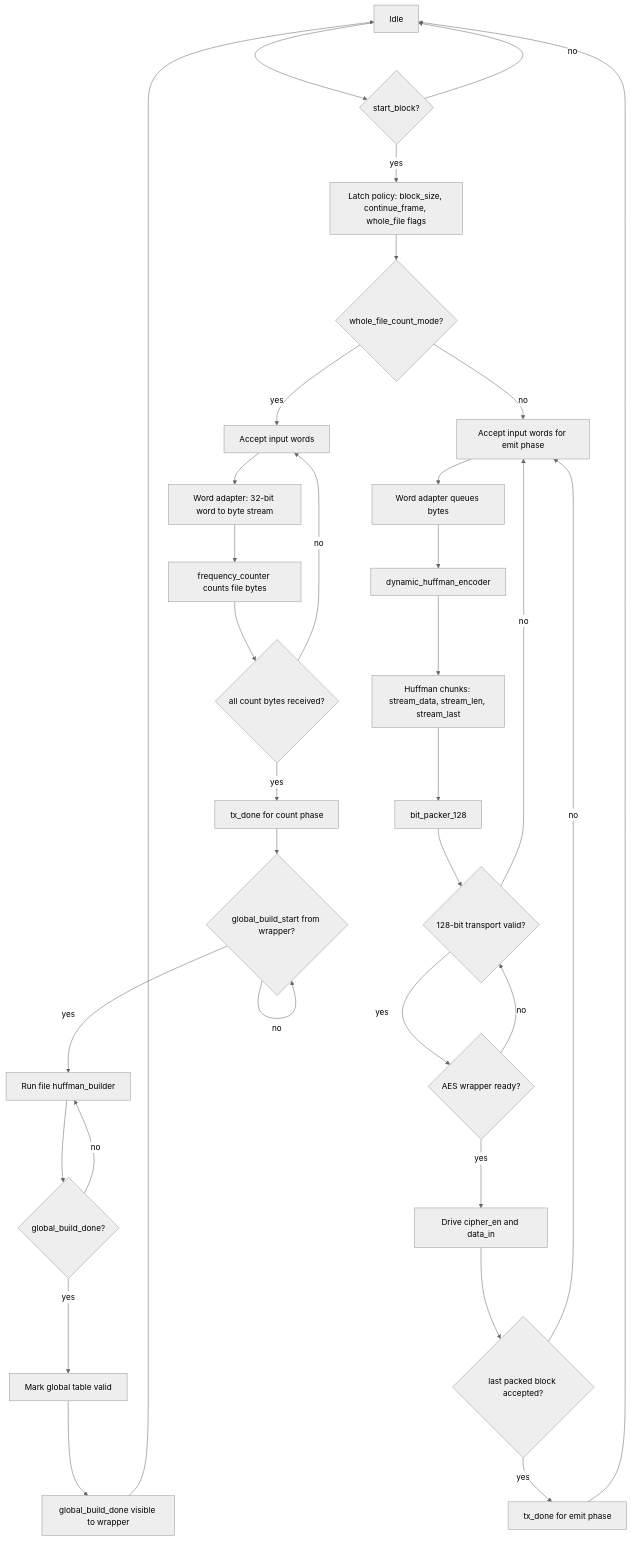
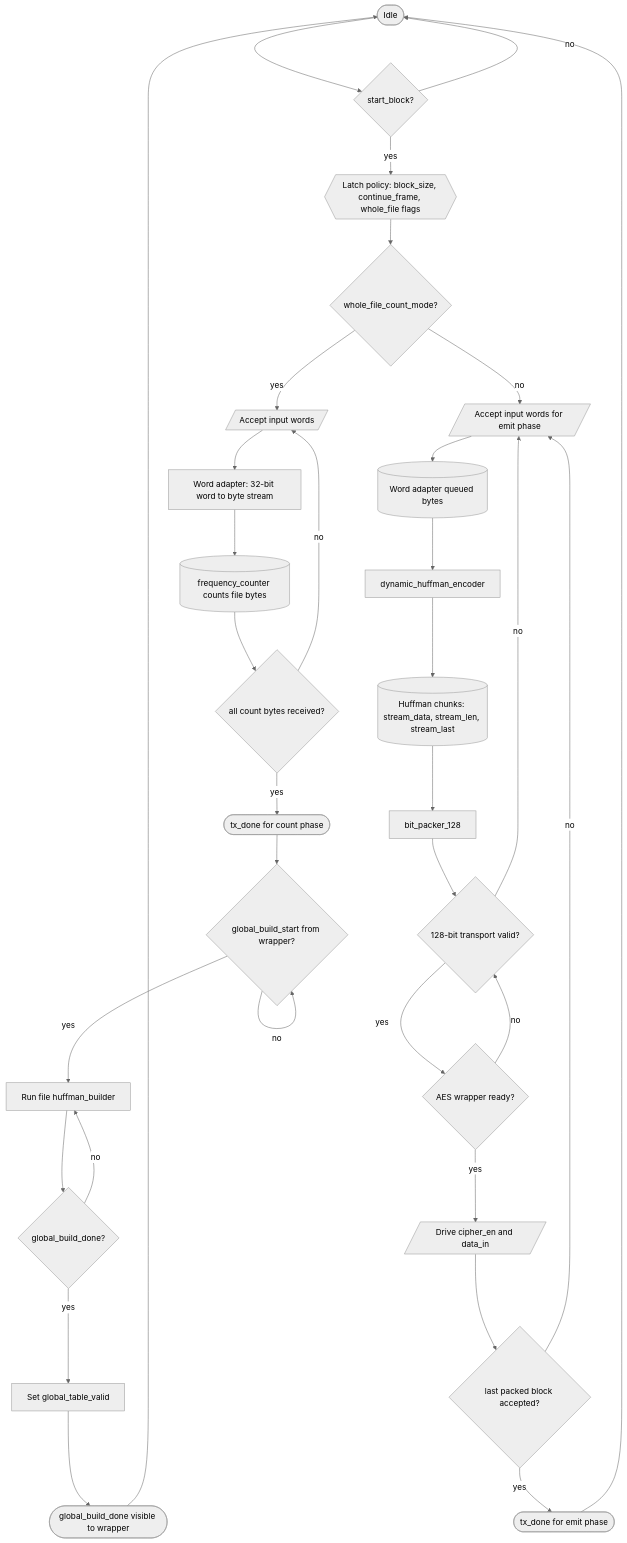
One commit to ngoquocan139/AES_huffman_all6 changed the second of 7 diagrams in docs/huffman_aes_riscv_flowchart_spec.md. Above: the diagram before and after it, drawn with Mermaid (neutral theme). The commit also changed other lines of this file and 28 other files, not shown here.

````diff
--- a/docs/huffman_aes_riscv_flowchart_spec.md
+++ b/docs/huffman_aes_riscv_flowchart_spec.md
@@ -59,38 +82,38 @@
 ```mermaid
 flowchart TD
-    A["Idle"] --> B{"start_block?"}
+    A(["Idle"]) --> B{"start_block?"}
     B -->|"no"| A
-    B -->|"yes"| C["Latch policy: block_size, continue_frame, whole_file flags"]
+    B -->|"yes"| C{{"Latch policy: block_size, continue_frame, whole_file flags"}}
 
     C --> D{"whole_file_count_mode?"}
-    D -->|"yes"| E["Accept input words"]
+    D -->|"yes"| E[/"Accept input words"/]
     E --> F["Word adapter: 32-bit word to byte stream"]
-    F --> G["frequency_counter counts file bytes"]
+    F --> G[("frequency_counter counts file bytes")]
     G --> H{"all count bytes received?"}
     H -->|"no"| E
-    H -->|"yes"| Z["tx_done for count phase"]
+    H -->|"yes"| Z(["tx_done for count phase"])
     Z --> I{"global_build_start from wrapper?"}
     I -->|"no"| I
     I -->|"yes"| J["Run file huffman_builder"]
     J --> K{"global_build_done?"}
     K -->|"no"| J
-    K -->|"yes"| AA["Mark global table valid"]
-    AA --> AB["global_build_done visible to wrapper"]
+    K -->|"yes"| AA["Set global_table_valid"]
+    AA --> AB(["global_build_done visible to wrapper"])
 
-    D -->|"no"| L["Accept input words for emit phase"]
-    L --> M["Word adapter queues bytes"]
+    D -->|"no"| L[/"Accept input words for emit phase"/]
+    L --> M[("Word adapter queued bytes")]
     M --> N["dynamic_huffman_encoder"]
-    N --> O["Huffman chunks: stream_data, stream_len, stream_last"]
+    N --> O[("Huffman chunks: stream_data, stream_len, stream_last")]
     O --> P["bit_packer_128"]
     P --> Q{"128-bit transport valid?"}
     Q -->|"no"| L
     Q -->|"yes"| R{"AES wrapper ready?"}
     R -->|"no"| Q
-    R -->|"yes"| S["Drive cipher_en and data_in"]
+    R -->|"yes"| S[/"Drive cipher_en and data_in"/]
     S --> T{"last packed block accepted?"}
     T -->|"no"| L
-    T -->|"yes"| U["tx_done for emit phase"]
+    T -->|"yes"| U(["tx_done for emit phase"])
 
     U --> A
     AB --> A
 ```
````
